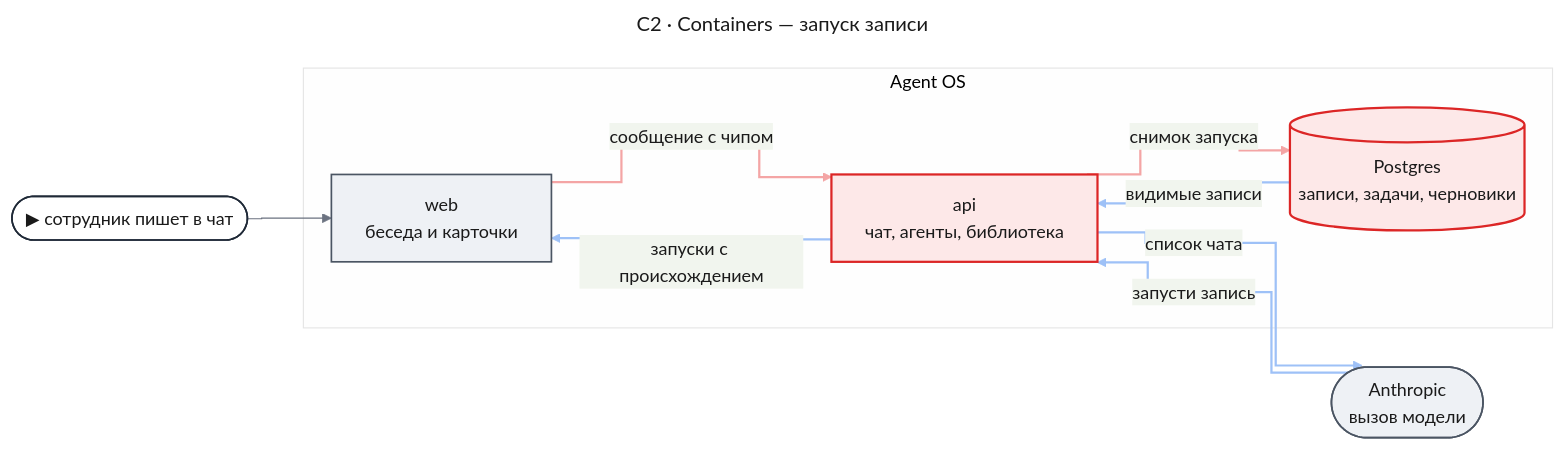
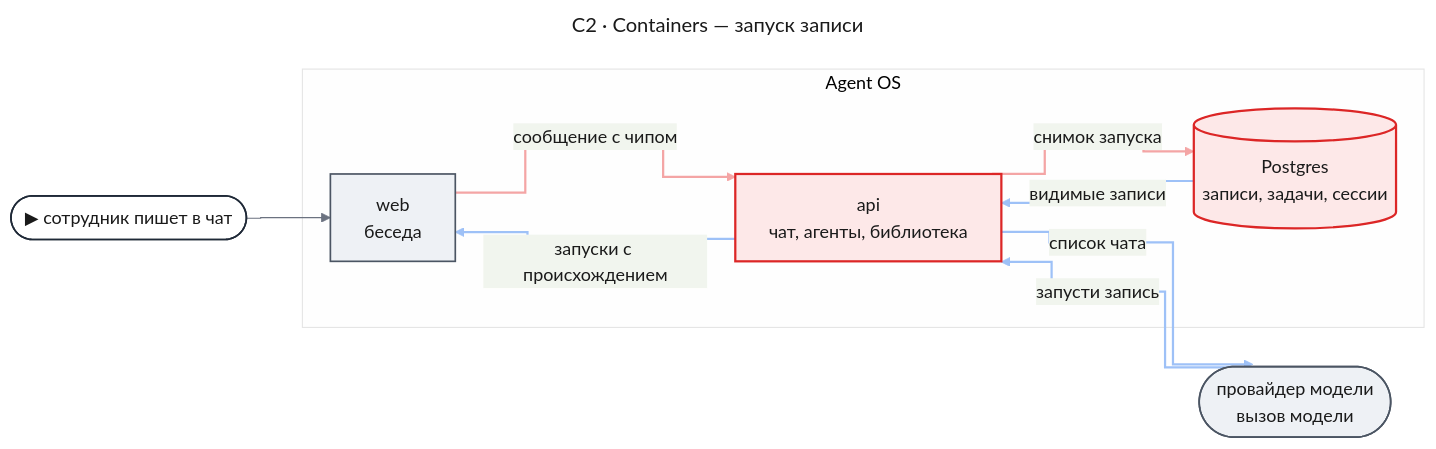
Before and after one commit to tundraray/agent-os: the first of 4 diagrams in docs/features/custom-agents/design-runtime.md, drawn with Mermaid. The commit also changed other lines of this file and 1225 other files, not shown here.

````diff
--- a/docs/features/custom-agents/design-runtime.md
+++ b/docs/features/custom-agents/design-runtime.md
@@ -169,51 +131,51 @@
 ```mermaid
 ---
 title: "C2 · Containers — запуск записи"
 config:
   theme: base
   look: classic
   themeVariables:
     primaryColor: "#eef1f5"
     primaryBorderColor: "#4b5563"
     primaryTextColor: "#1a1a1a"
     lineColor: "#6b7280"
   flowchart:
     curve: step
   themeCSS: |
     @keyframes lit_c2{0%,15%{stroke:#991b1b;stroke-width:6px}16.67%,100%{stroke:#f4a5a5;stroke-width:2px}}
     @keyframes litr_c2{0%,15%{stroke:#1d4ed8;stroke-width:6px}16.67%,100%{stroke:#9ec1f7;stroke-width:2px}}
 ---
 flowchart LR
     entry(["▶ сотрудник пишет в чат"])
-    llm(["Anthropic<br/>вызов модели"])
+    llm(["провайдер модели<br/>вызов модели"])
     subgraph os["Agent OS"]
-        web["web<br/>беседа и карточки"]
+        web["web<br/>беседа"]
         api["api<br/>чат, агенты, библиотека"]
-        db[("Postgres<br/>записи, задачи, черновики")]
+        db[("Postgres<br/>записи, задачи, сессии")]
     end
     entry --> web
     web e1@-->|"сообщение с чипом"| api
     api e2@-->|"снимок запуска"| db
     db e3@-->|"видимые записи"| api
     api e4@-->|"список чата"| llm
     llm e5@-->|"запусти запись"| api
     api e6@-->|"запуски с происхождением"| web
     classDef entry fill:#ffffff,stroke:#1f2937,stroke-width:1.5px,color:#1a1a1a
     classDef changed fill:#fde8e8,stroke:#dc2626,stroke-width:2px,color:#1a1a1a
     classDef unchanged fill:#eef1f5,stroke:#4b5563,stroke-width:1.5px,color:#1a1a1a
     classDef w1 stroke:#f4a5a5,stroke-width:2px,animation:lit_c2 7.2s linear 0s infinite
     classDef w2 stroke:#f4a5a5,stroke-width:2px,animation:lit_c2 7.2s linear 1.2s infinite
     classDef r3 stroke:#9ec1f7,stroke-width:2px,animation:litr_c2 7.2s linear 2.4s infinite
     classDef r4 stroke:#9ec1f7,stroke-width:2px,animation:litr_c2 7.2s linear 3.6s infinite
     classDef r5 stroke:#9ec1f7,stroke-width:2px,animation:litr_c2 7.2s linear 4.8s infinite
     classDef r6 stroke:#9ec1f7,stroke-width:2px,animation:litr_c2 7.2s linear 6s infinite
     class entry entry
     class api,db changed
     class web,llm unchanged
     class e1 w1
     class e2 w2
     class e3 r3
     class e4 r4
     class e5 r5
     class e6 r6
 ```
````
